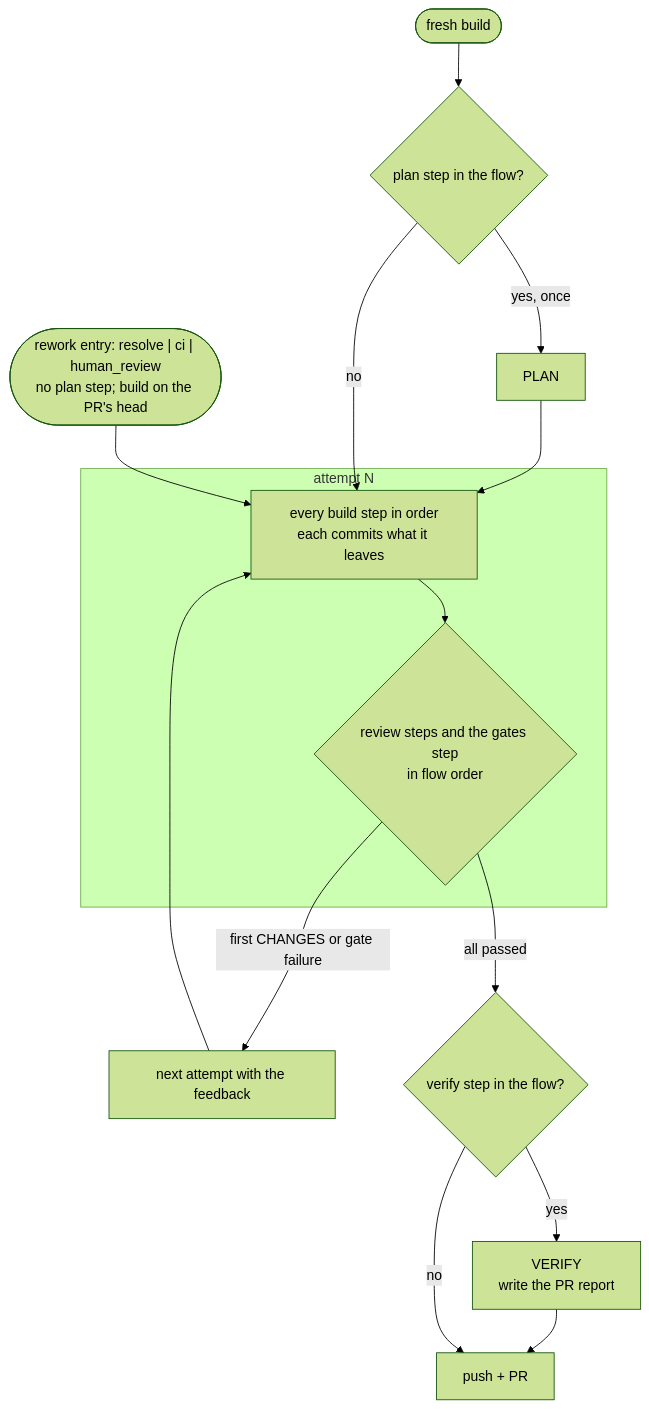
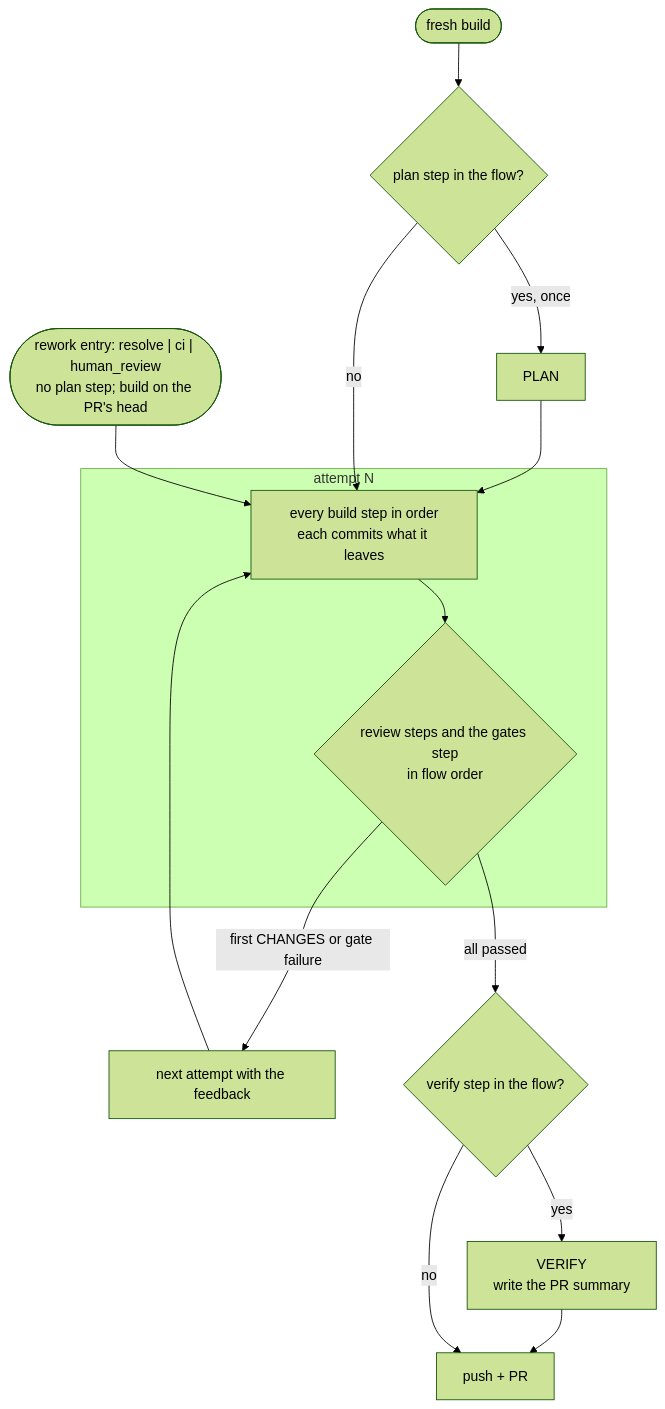
The eighth of 8 diagrams in docs/architecture.md (PaddyMc/software-factory), drawn with Mermaid (forest theme) before and after one commit. The commit also changed other lines of this file and 5 other files, not shown here.

Commit message:
factory(pr-descriptions-t05): docs/architecture.md, docs/reference.md, NEXT.md and the shi (attempt 1)

````diff
--- a/docs/architecture.md
+++ b/docs/architecture.md
@@ -334,14 +407,14 @@
 ```mermaid
 flowchart TD
   fresh(["fresh build"]) --> plan{"plan step in the flow?"}
   plan -->|"yes, once"| p["PLAN"] --> builds
   plan -->|"no"| builds
   rework(["rework entry: resolve | ci | human_review<br/>no plan step; build on the PR's head"]) --> builds
   subgraph attempt["attempt N"]
     builds["every build step in order<br/>each commits what it leaves"] --> checks{"review steps and the gates step<br/>in flow order"}
   end
   checks -->|"first CHANGES or gate failure"| feedback["next attempt with the feedback"] --> builds
   checks -->|"all passed"| verify{"verify step in the flow?"}
-  verify -->|"yes"| report["VERIFY<br/>write the PR report"] --> push["push + PR"]
+  verify -->|"yes"| report["VERIFY<br/>write the PR summary"] --> push["push + PR"]
   verify -->|"no"| push
 ```
````
